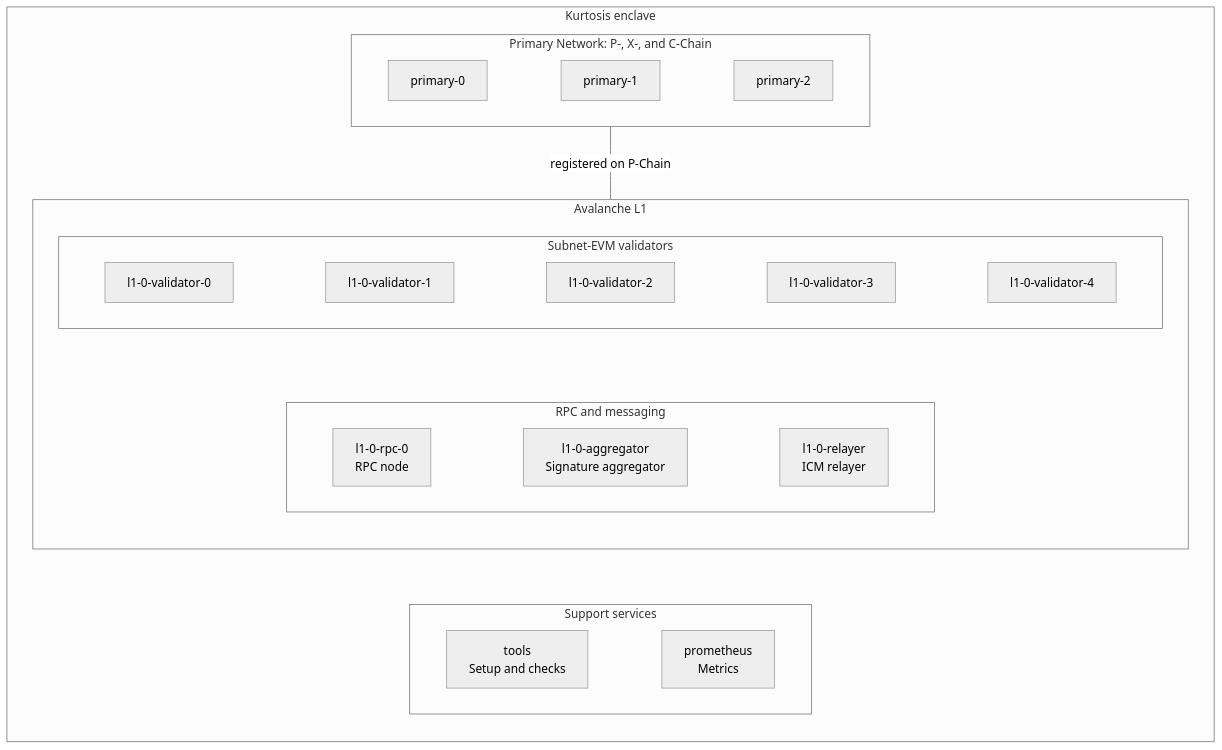
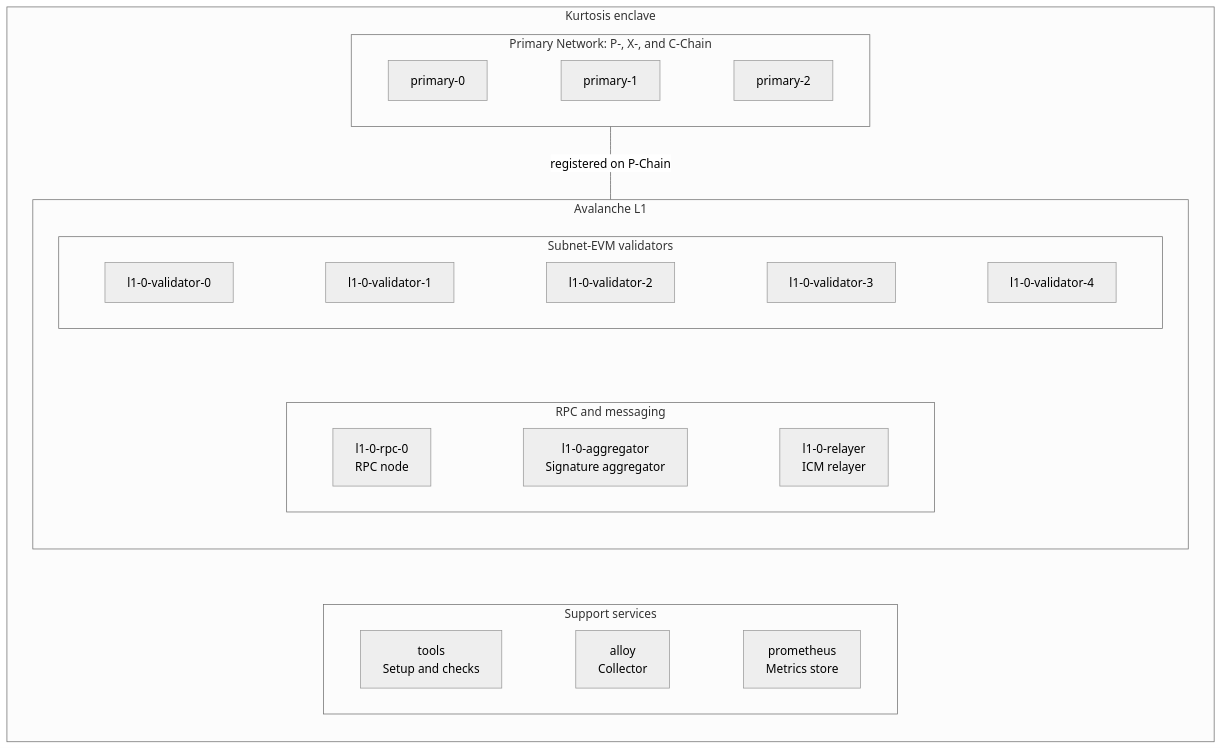
One commit to jhkimqd/kurtosis-avalanche changed the diagram in README.md. Above: the diagram before and after it, drawn with Mermaid (neutral theme). The commit also changed other lines of this file and 24 other files, not shown here.

First line of the commit message:
feat(observability): collect metrics with Alloy

````diff
--- a/README.md
+++ b/README.md
@@ -13,41 +13,42 @@
 ```mermaid
 flowchart TB
     subgraph enclave["Kurtosis enclave"]
         direction TB
         subgraph primary["Primary Network: P-, X-, and C-Chain"]
             direction LR
             P0["primary-0"]
             P1["primary-1"]
             P2["primary-2"]
             P0 ~~~ P1 ~~~ P2
         end
         subgraph l1["Avalanche L1"]
             direction TB
             subgraph validators["Subnet-EVM validators"]
                 direction LR
                 V0["l1-0-validator-0"]
                 V1["l1-0-validator-1"]
                 V2["l1-0-validator-2"]
                 V3["l1-0-validator-3"]
                 V4["l1-0-validator-4"]
                 V0 ~~~ V1 ~~~ V2 ~~~ V3 ~~~ V4
             end
             subgraph services["RPC and messaging"]
                 direction LR
                 R["l1-0-rpc-0<br/>RPC node"]
                 A["l1-0-aggregator<br/>Signature aggregator"]
                 B["l1-0-relayer<br/>ICM relayer"]
                 R ~~~ A ~~~ B
             end
             validators ~~~ services
         end
         subgraph support["Support services"]
             direction LR
             T["tools<br/>Setup and checks"]
-            M["prometheus<br/>Metrics"]
-            T ~~~ M
+            C["alloy<br/>Collector"]
+            M["prometheus<br/>Metrics store"]
+            T ~~~ C ~~~ M
         end
         primary ---|"registered on P-Chain"| l1
         l1 ~~~ support
     end
 ```
````
